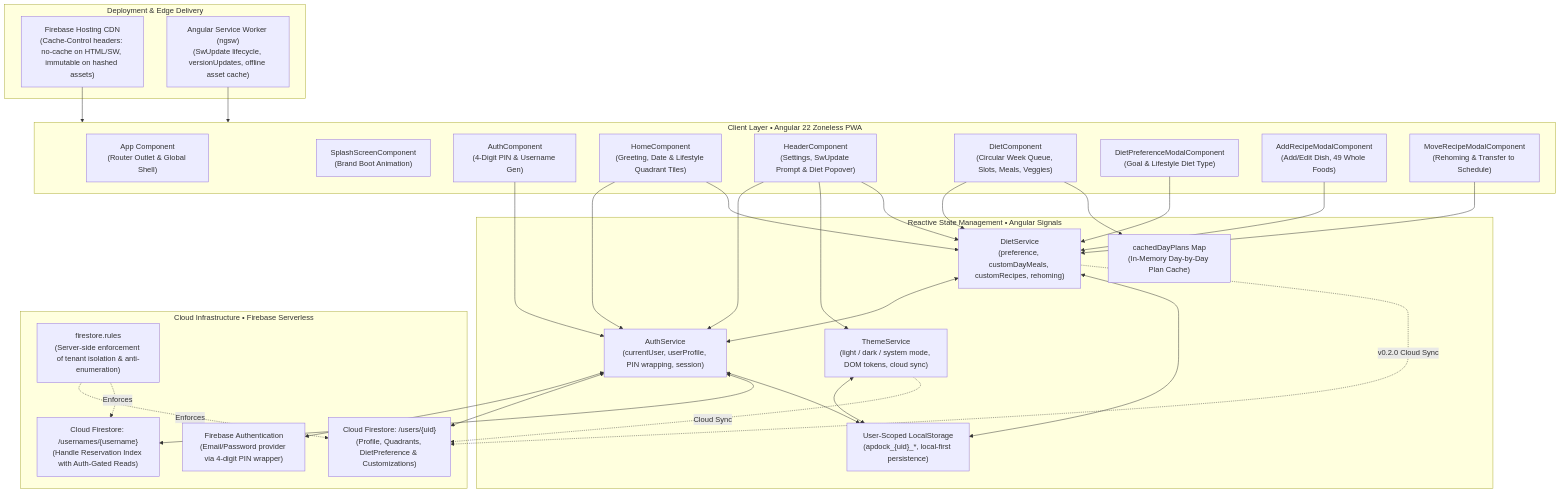
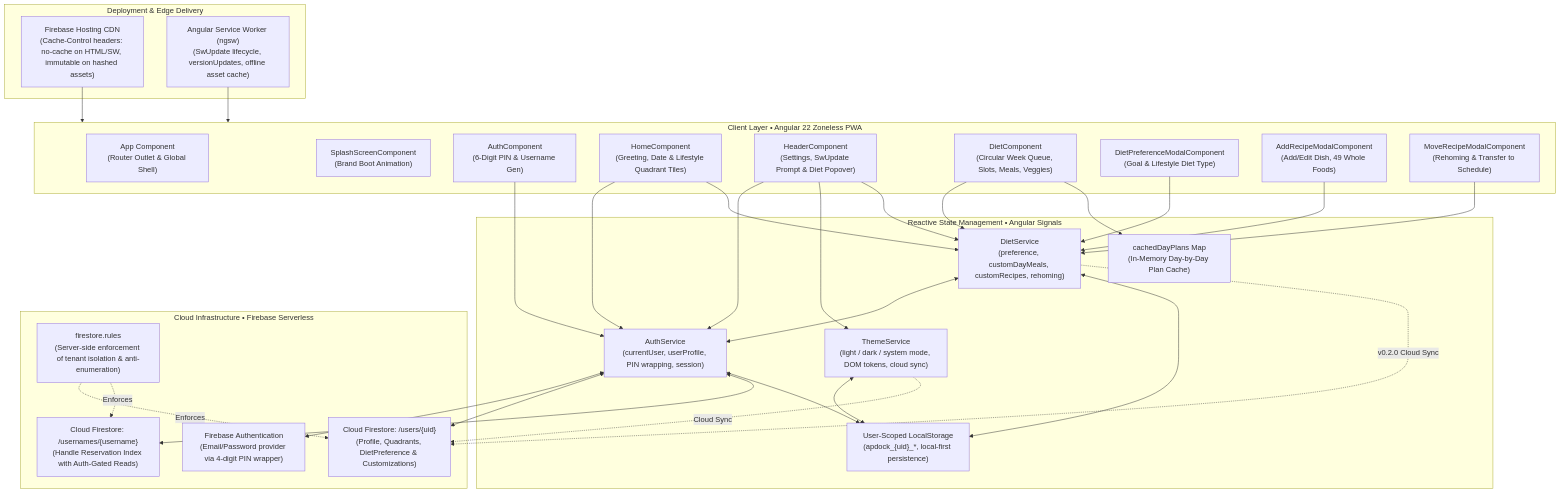
The first of 2 diagrams in docs/ARCHITECTURE.md (pk-2809/apdock), drawn with Mermaid before and after one commit. The commit also changed other lines of this file and 37 other files, not shown here.

Commit message:
feat: Phase 1 Option B auth hardening, 6-digit PIN, firestore rules, and diet module enhancements

````diff
--- a/docs/ARCHITECTURE.md
+++ b/docs/ARCHITECTURE.md
@@ -18,67 +18,67 @@
 ```mermaid
 graph TD
     subgraph Client ["Client Layer • Angular 22 Zoneless PWA"]
         UI_APP["App Component<br/>(Router Outlet & Global Shell)"]
         UI_SPLASH["SplashScreenComponent<br/>(Brand Boot Animation)"]
-        UI_AUTH["AuthComponent<br/>(4-Digit PIN & Username Gen)"]
+        UI_AUTH["AuthComponent<br/>(6-Digit PIN & Username Gen)"]
         UI_HOME["HomeComponent<br/>(Greeting, Date & Lifestyle Quadrant Tiles)"]
         UI_HEADER["HeaderComponent<br/>(Settings, SwUpdate Prompt & Diet Popover)"]
         UI_DIET["DietComponent<br/>(Circular Week Queue, Slots, Meals, Veggies)"]
         UI_MODAL_PREF["DietPreferenceModalComponent<br/>(Goal & Lifestyle Diet Type)"]
         UI_MODAL_RECIPE["AddRecipeModalComponent<br/>(Add/Edit Dish, 49 Whole Foods)"]
         UI_MODAL_MOVE["MoveRecipeModalComponent<br/>(Rehoming & Transfer to Schedule)"]
     end
 
     subgraph State ["Reactive State Management • Angular Signals"]
         S_AUTH["AuthService<br/>(currentUser, userProfile, PIN wrapping, session)"]
         S_THEME["ThemeService<br/>(light / dark / system mode, DOM tokens, cloud sync)"]
         S_DIET["DietService<br/>(preference, customDayMeals, customRecipes, rehoming)"]
         S_CACHE["cachedDayPlans Map<br/>(In-Memory Day-by-Day Plan Cache)"]
         STORE["User-Scoped LocalStorage<br/>(apdock_{uid}_*, local-first persistence)"]
     end
 
     subgraph Backend ["Cloud Infrastructure • Firebase Serverless"]
         FB_AUTH["Firebase Authentication<br/>(Email/Password provider via 4-digit PIN wrapper)"]
         FS_USERS["Cloud Firestore: /users/{uid}<br/>(Profile, Quadrants, DietPreference & Customizations)"]
         FS_USERNAMES["Cloud Firestore: /usernames/{username}<br/>(Handle Reservation Index with Auth-Gated Reads)"]
         FS_RULES["firestore.rules<br/>(Server-side enforcement of tenant isolation & anti-enumeration)"]
     end
 
     subgraph Edge ["Deployment & Edge Delivery"]
         FB_HOST["Firebase Hosting CDN<br/>(Cache-Control headers: no-cache on HTML/SW, immutable on hashed assets)"]
         PWA_SW["Angular Service Worker (ngsw)<br/>(SwUpdate lifecycle, versionUpdates, offline asset cache)"]
     end
 
     %% Client Interactions
     UI_AUTH --> S_AUTH
     UI_HOME --> S_AUTH
     UI_HOME --> S_DIET
     UI_HEADER --> S_AUTH
     UI_HEADER --> S_THEME
     UI_HEADER --> S_DIET
     UI_DIET --> S_DIET
     UI_DIET --> S_CACHE
     UI_MODAL_PREF --> S_DIET
     UI_MODAL_RECIPE --> S_DIET
     UI_MODAL_MOVE --> S_DIET
 
     %% State to Backend Sync
     S_AUTH <--> FB_AUTH
     S_AUTH <--> FS_USERS
     S_AUTH <--> FS_USERNAMES
     S_AUTH <--> STORE
 
     S_DIET <--> S_AUTH
     S_DIET <--> STORE
     S_DIET -.->|v0.2.0 Cloud Sync| FS_USERS
     S_THEME <--> STORE
     S_THEME -.->|Cloud Sync| FS_USERS
 
     %% Security Enforcement
     FS_RULES -.->|Enforces| FS_USERS
     FS_RULES -.->|Enforces| FS_USERNAMES
 
     %% Edge
     FB_HOST --> Client
     PWA_SW --> Client
 ```
````
